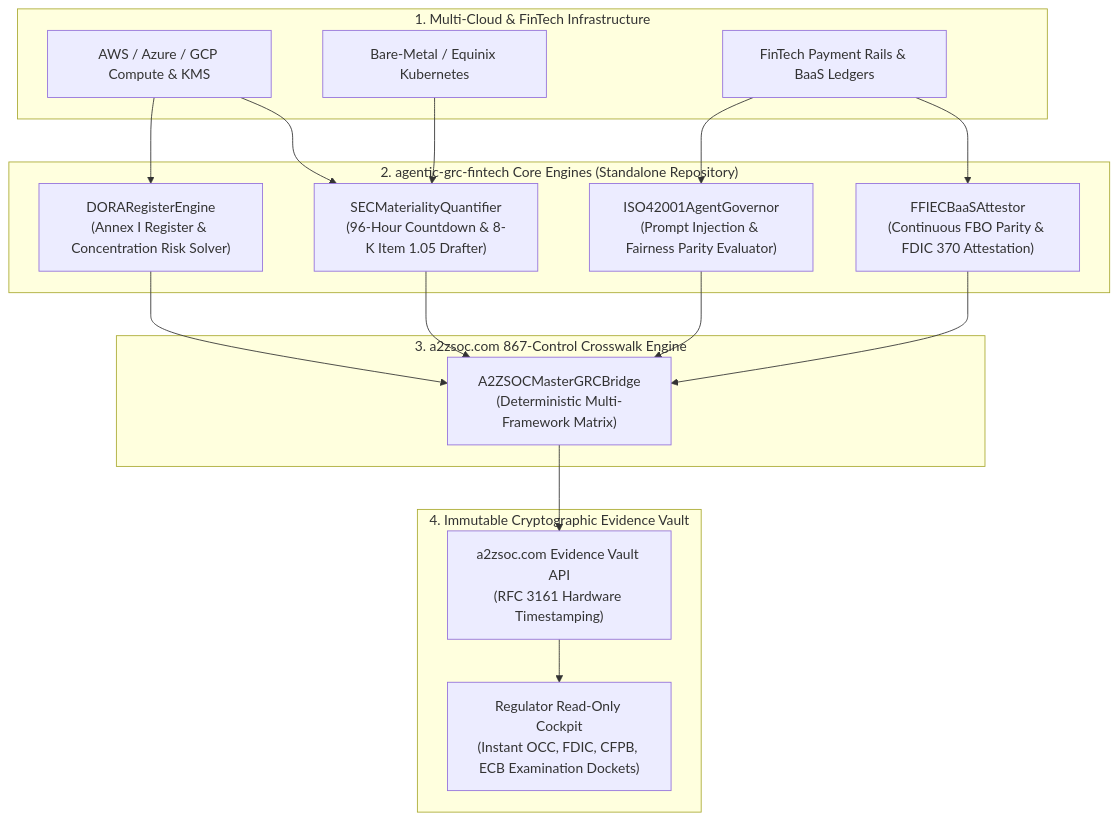
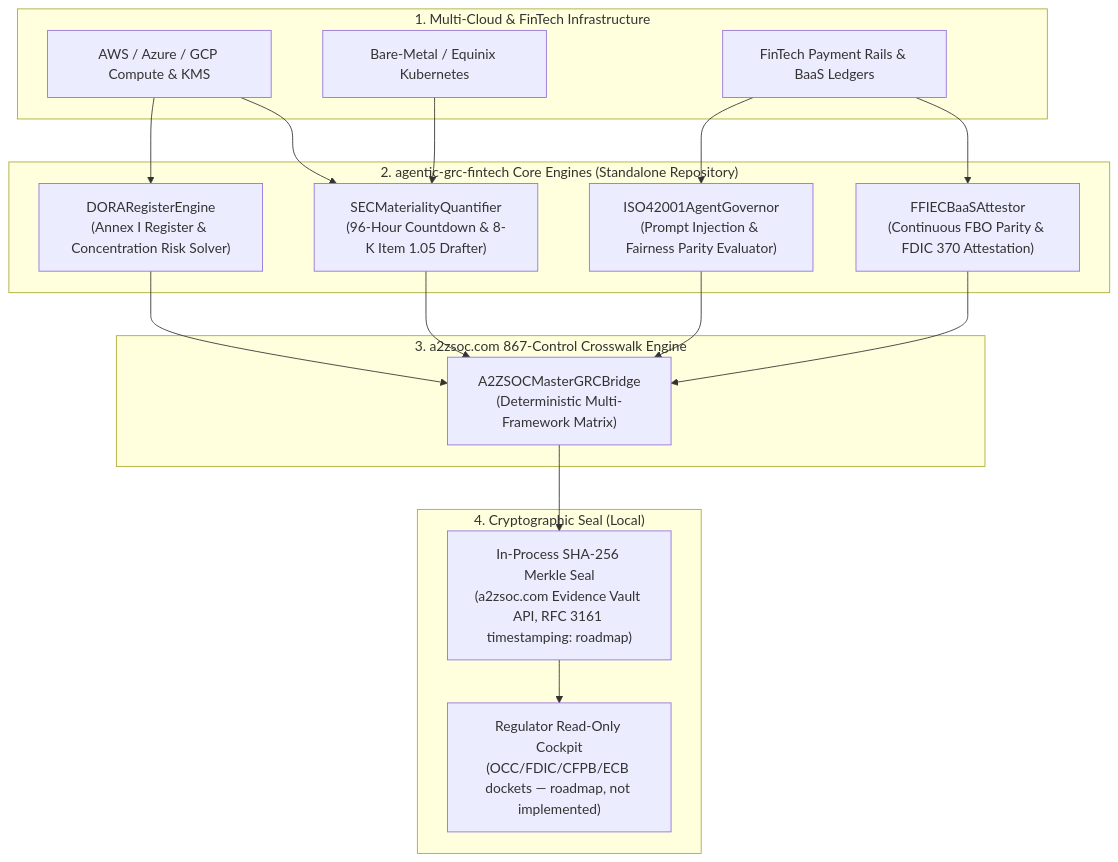
The diagram in README.md (AAH20/agentic-grc-fintech), drawn with Mermaid before and after one commit. The commit also changed other lines of this file, not shown here.

Commit message:
docs: correct README claims not backed by implementation

````diff
--- a/README.md
+++ b/README.md
@@ -32,33 +32,33 @@
 ```mermaid
 flowchart TD
     subgraph MultiCloudMesh["1. Multi-Cloud & FinTech Infrastructure"]
         Cloud["AWS / Azure / GCP Compute & KMS"]
         K8s["Bare-Metal / Equinix Kubernetes"]
         FinTechCore["FinTech Payment Rails & BaaS Ledgers"]
     end
 
     subgraph HarvesterCore["2. agentic-grc-fintech Core Engines (Standalone Repository)"]
         DORA["DORARegisterEngine<br/>(Annex I Register & Concentration Risk Solver)"]
         AIGov["ISO42001AgentGovernor<br/>(Prompt Injection & Fairness Parity Evaluator)"]
         SEC["SECMaterialityQuantifier<br/>(96-Hour Countdown & 8-K Item 1.05 Drafter)"]
         FFIEC["FFIECBaaSAttestor<br/>(Continuous FBO Parity & FDIC 370 Attestation)"]
 
         Cloud --> DORA
         Cloud & K8s --> SEC
         FinTechCore --> AIGov
         FinTechCore --> FFIEC
     end
 
     subgraph UnifiedCrosswalk["3. a2zsoc.com 867-Control Crosswalk Engine"]
         Bridge["A2ZSOCMasterGRCBridge<br/>(Deterministic Multi-Framework Matrix)"]
         DORA & AIGov & SEC & FFIEC --> Bridge
     end
 
-    subgraph SupervisoryVault["4. Immutable Cryptographic Evidence Vault"]
-        Vault["a2zsoc.com Evidence Vault API<br/>(RFC 3161 Hardware Timestamping)"]
-        Regulators["Regulator Read-Only Cockpit<br/>(Instant OCC, FDIC, CFPB, ECB Examination Dockets)"]
+    subgraph SupervisoryVault["4. Cryptographic Seal (Local)"]
+        Vault["In-Process SHA-256 Merkle Seal<br/>(a2zsoc.com Evidence Vault API, RFC 3161 timestamping: roadmap)"]
+        Regulators["Regulator Read-Only Cockpit<br/>(OCC/FDIC/CFPB/ECB dockets — roadmap, not implemented)"]
 
         Bridge --> Vault
         Vault --> Regulators
     end
 ```
````
